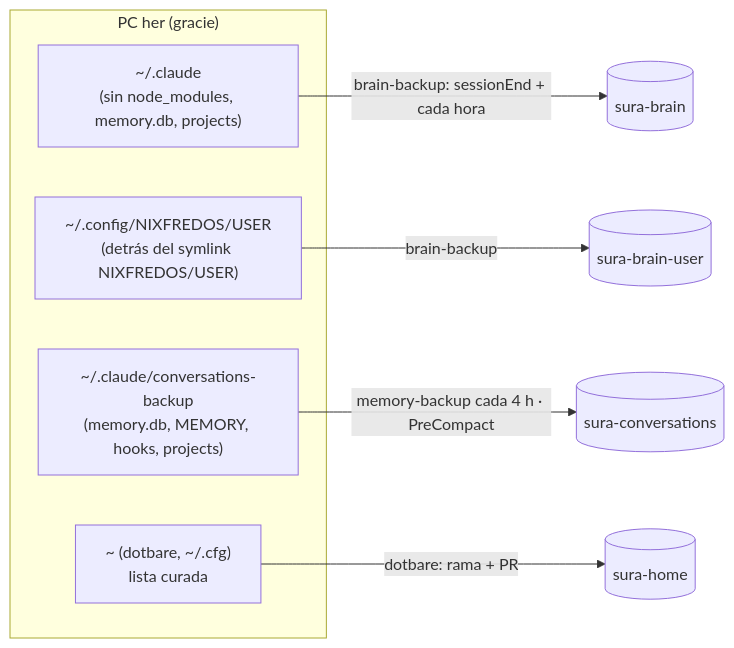
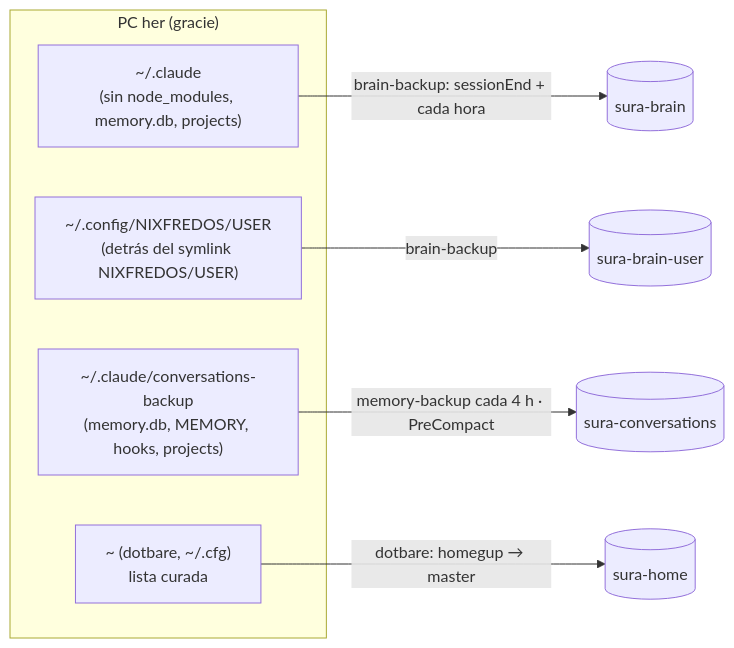
The diagram in 02 - Instalacion del Stack/02.7 - Capitulo 7 - Repos Privados para Siempre.md (robert-flo/PJ-LARRY-rf-playbook), drawn with Mermaid before and after one commit. The commit also changed other lines of this file and 4 other files, not shown here.

First line of the commit message:
Curate sura-home gitignore and allow homegup on master.

````diff
--- a/02 - Instalacion del Stack/02.7 - Capitulo 7 - Repos Privados para Siempre.md
+++ b/02 - Instalacion del Stack/02.7 - Capitulo 7 - Repos Privados para Siempre.md
@@ -45,13 +45,13 @@
 ```mermaid
 flowchart LR
   subgraph her["PC her (gracie)"]
     C["~/.claude<br/>(sin node_modules, memory.db, projects)"]
     U["~/.config/NIXFREDOS/USER<br/>(detrás del symlink NIXFREDOS/USER)"]
     B["~/.claude/conversations-backup<br/>(memory.db, MEMORY, hooks, projects)"]
     H["~ (dotbare, ~/.cfg)<br/>lista curada"]
   end
   C -->|brain-backup: sessionEnd + cada hora| R1[(sura-brain)]
   U -->|brain-backup| R2[(sura-brain-user)]
   B -->|memory-backup cada 4 h · PreCompact| R3[(sura-conversations)]
-  H -->|dotbare: rama + PR| R4[(sura-home)]
+  H -->|dotbare: homegup → master| R4[(sura-home)]
 ```
````
